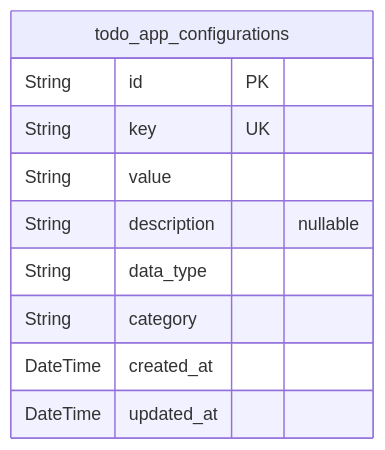
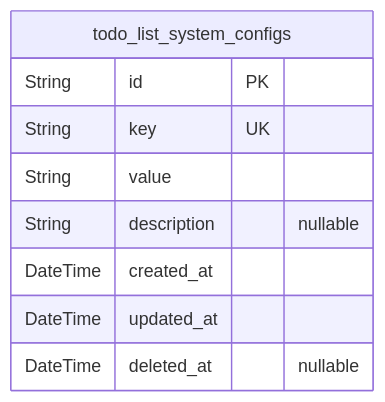
One commit to wrtnlabs/autobe-examples changed the first of 4 diagrams in deepseek/deepseek-v3.1-terminus-exacto/todo/docs/ERD.md. Above: the diagram before and after it, drawn with Mermaid. The commit also changed other lines of this file and 3372 other files, not shown here.

````diff
--- a/deepseek/deepseek-v3.1-terminus-exacto/todo/docs/ERD.md
+++ b/deepseek/deepseek-v3.1-terminus-exacto/todo/docs/ERD.md
@@ -11,13 +12,12 @@
 ```mermaid
 erDiagram
-"todo_app_configurations" {
+"todo_list_system_configs" {
   String id PK
   String key UK
   String value
   String description "nullable"
-  String data_type
-  String category
   DateTime created_at
   DateTime updated_at
+  DateTime deleted_at "nullable"
 }
 ```
````
